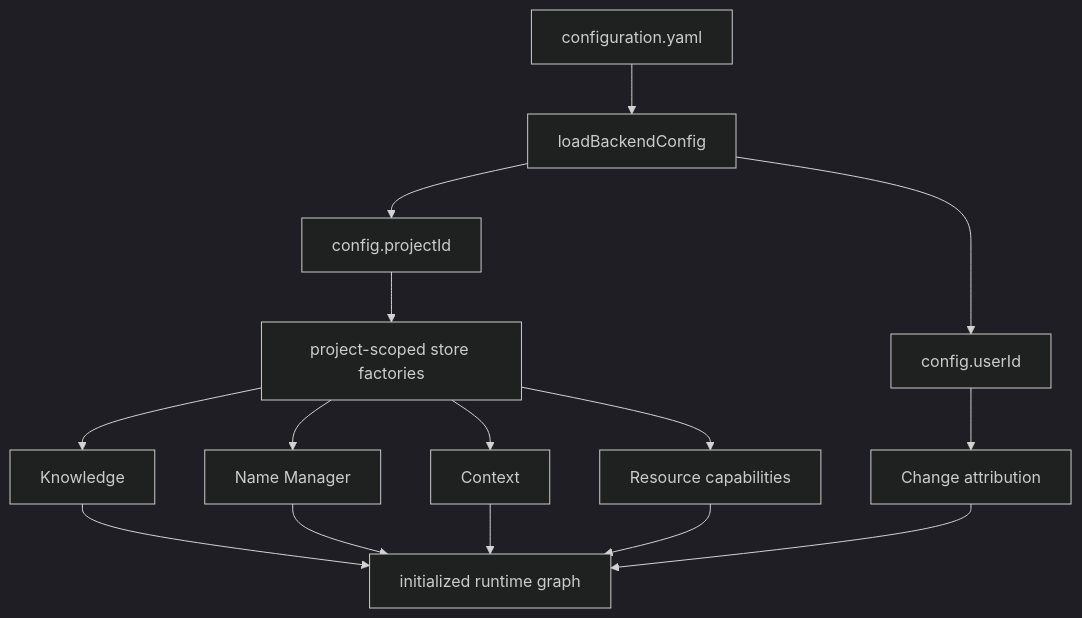
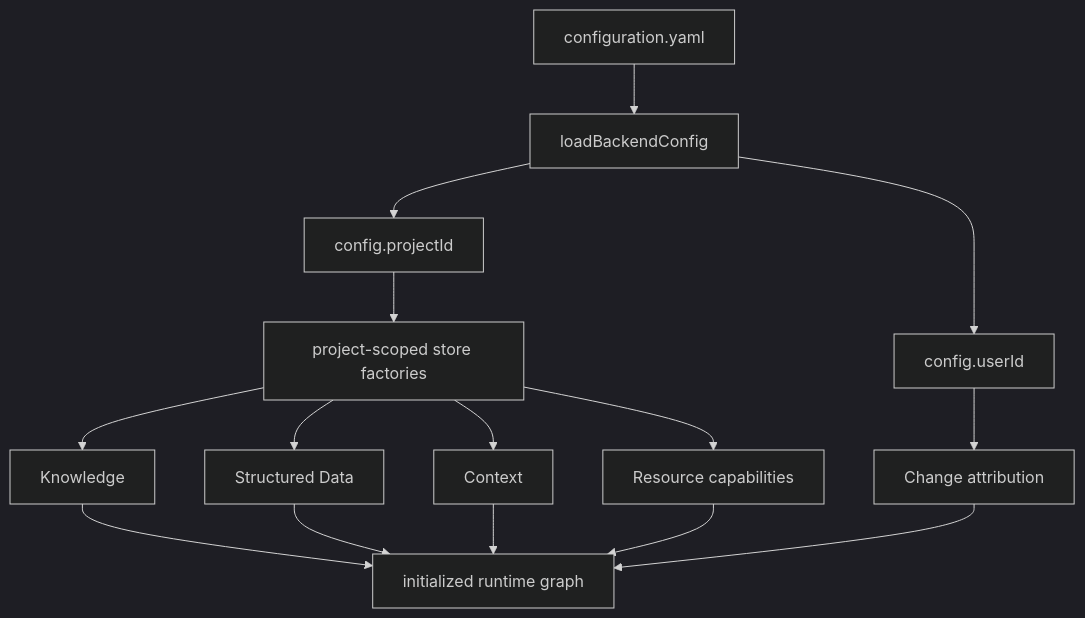
The diagram in docs/platform/runtime-scope.md (gccurtis/icarus), drawn with Mermaid (dark theme) before and after one commit. The commit also changed other lines of this file and 16 other files, not shown here.

````diff
--- a/docs/platform/runtime-scope.md
+++ b/docs/platform/runtime-scope.md
@@ -32,17 +32,17 @@
 ```mermaid
 flowchart TD
   C["configuration.yaml"] --> L["loadBackendConfig"]
   L --> P["config.projectId"]
   L --> A["config.userId"]
   P --> S["project-scoped store factories"]
   S --> K["Knowledge"]
-  S --> N["Name Manager"]
+  S --> D["Structured Data"]
   S --> X["Context"]
   S --> R["Resource capabilities"]
   A --> W["Change attribution"]
   K --> G["initialized runtime graph"]
-  N --> G
+  D --> G
   X --> G
   R --> G
   W --> G
 ```
````
